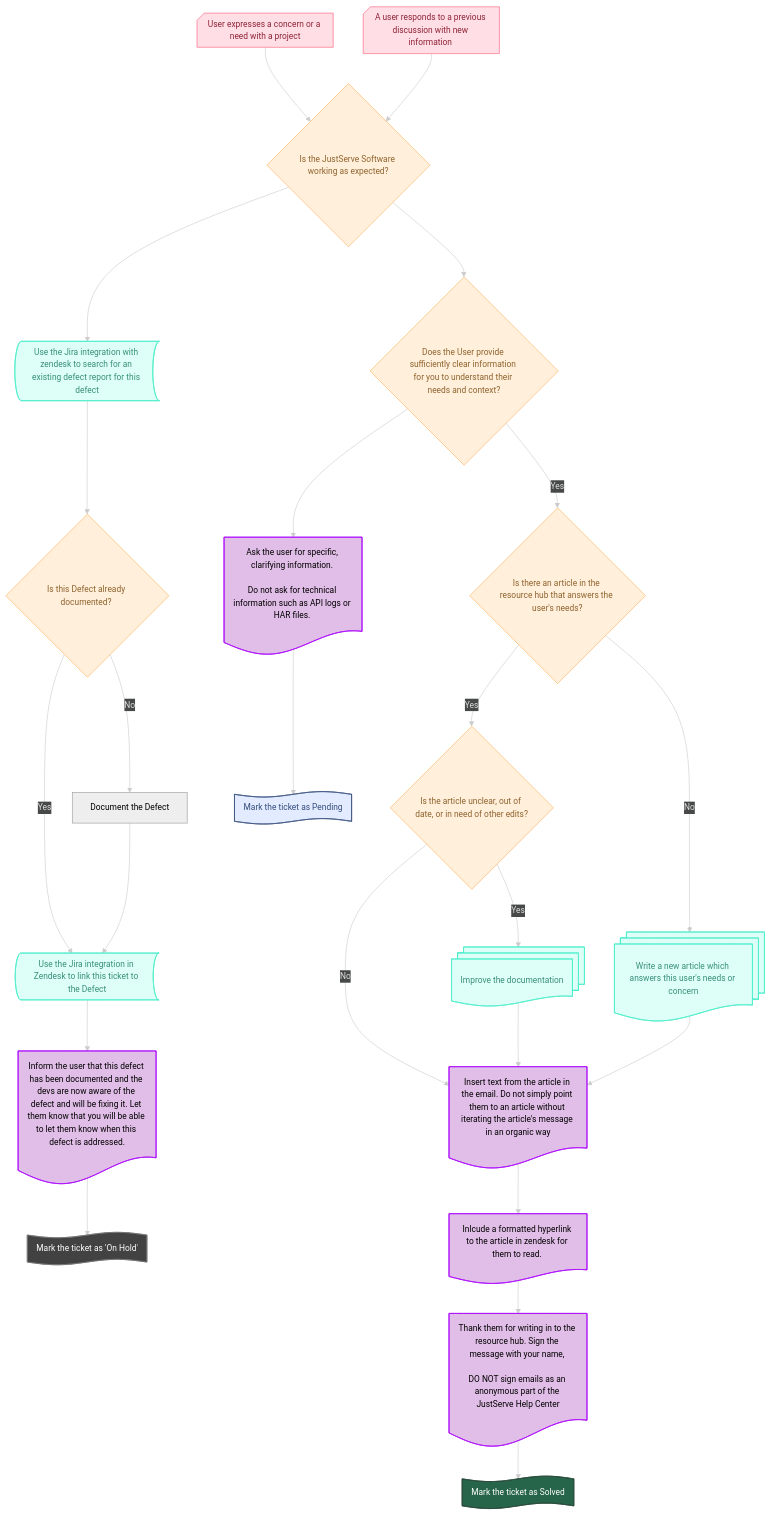
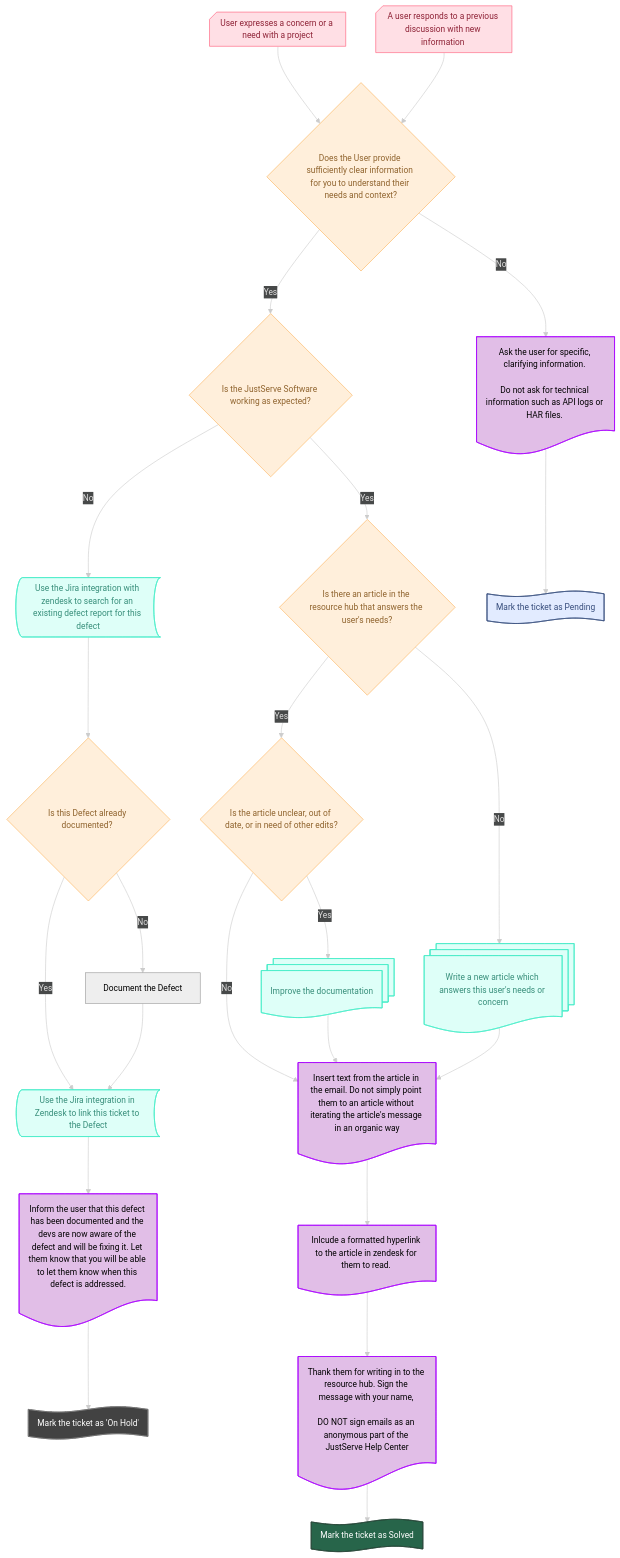
The diagram in src/docs/asciidoc/en/Workflows/Help-Requests.md (JustServe-Resources/Documentation), drawn with Mermaid before and after one commit.

Commit message:
fix(docs): add missing notes
reorder decisions

````diff
--- a/src/docs/asciidoc/en/Workflows/Help-Requests.md
+++ b/src/docs/asciidoc/en/Workflows/Help-Requests.md
@@ -16,13 +16,14 @@
   theme: neo-dark
 ---
 flowchart TD
-    n1["User expresses a concern or a need with a project"] --> n7["Is the JustServe Software working as expected?"]
+    n1["User expresses a concern or a need with a project"] --> n17["Does the User provide sufficiently clear information for you to understand their needs and context?"]
     n2@{ label: "Is there an article in the resource hub that answers the user's needs?" } -- Yes --> n3["Is the article unclear, out of date, or in need of other edits?"]
     n2 -- No --> n4@{ label: "Write a new article which answers this user's needs or concern" }
     n3 -- Yes --> n5["Improve the documentation"]
     n3 -- No --> n6@{ label: "Insert text from the article in the email. Do not simply point them to an article without iterating the article's message in an organic way" }
     n5 --> n6
-    n7 --> n10["Use the Jira integration with zendesk to search for an existing defect report for this defect"] & n17["Does the User provide sufficiently clear information for you to understand their needs and context?"]
+    n7["Is the JustServe Software working as expected?"] -- No --> n10["Use the Jira integration with zendesk to search for an existing defect report for this defect"]
+    n7 -- Yes --> n2
     n8["Is this Defect already documented? <br>"] -- No --> n9["Document the Defect"]
     n10 --> n8
     n4 --> n6
@@ -33,19 +34,19 @@
     n6 --> n14["Inlcude a formatted hyperlink to the article in zendesk for them to read. <br>"]
     n14 --> n15["Thank them for writing in to the resource hub. Sign the message with your name, <br><br>DO NOT sign emails as an anonymous part of the JustServe Help Center"]
     n15 --> n16["Mark the ticket as Solved"]
-    n17 -- Yes --> n2
-    n17 --> n18["Ask the user for specific, clarifying information. <br><br>Do not ask for technical information such as API logs or HAR files. <br>"]
+    n17 -- No --> n18["Ask the user for specific, clarifying information. <br><br>Do not ask for technical information such as API logs or HAR files. <br>"]
+    n17 -- Yes --> n7
     n18 --> n19["Mark the ticket as Pending"]
-    n20["A user responds to a previous discussion with new information <br>"] --> n7
+    n20["A user responds to a previous discussion with new information <br>"] --> n17
     n1@{ shape: card}
-    n7@{ shape: diam}
+    n17@{ shape: diam}
     n2@{ shape: diam}
     n3@{ shape: diam}
     n4@{ shape: docs}
     n5@{ shape: docs}
     n6@{ shape: doc}
+    n7@{ shape: diam}
     n10@{ shape: stored-data}
-    n17@{ shape: diam}
     n8@{ shape: diam}
     n11@{ shape: stored-data}
     n12@{ shape: doc}
@@ -57,7 +58,7 @@
     n19@{ shape: paper-tape}
     n20@{ shape: card}
      n1:::Rose
-     n7:::Peach
+     n17:::Peach
      n2:::Peach
      n3:::Peach
      n4:::Pine
@@ -65,9 +66,9 @@
      n5:::Sky
      n5:::Aqua
      n6:::email
+     n7:::Peach
      n10:::Sky
      n10:::Aqua
-     n17:::Peach
      n8:::Peach
      n9:::Ash
      n11:::Sky
@@ -92,5 +93,4 @@
     classDef Sky stroke-width:1px, stroke-dasharray:none, stroke:#374D7C, fill:#E2EBFF, color:#374D7C
     classDef Ash stroke-width:1px, stroke-dasharray:none, stroke:#999999, fill:#EEEEEE, color:#000000
     classDef Rose stroke-width:1px, stroke-dasharray:none, stroke:#FF5978, fill:#FFDFE5, color:#8E2236
-
 ```
````
